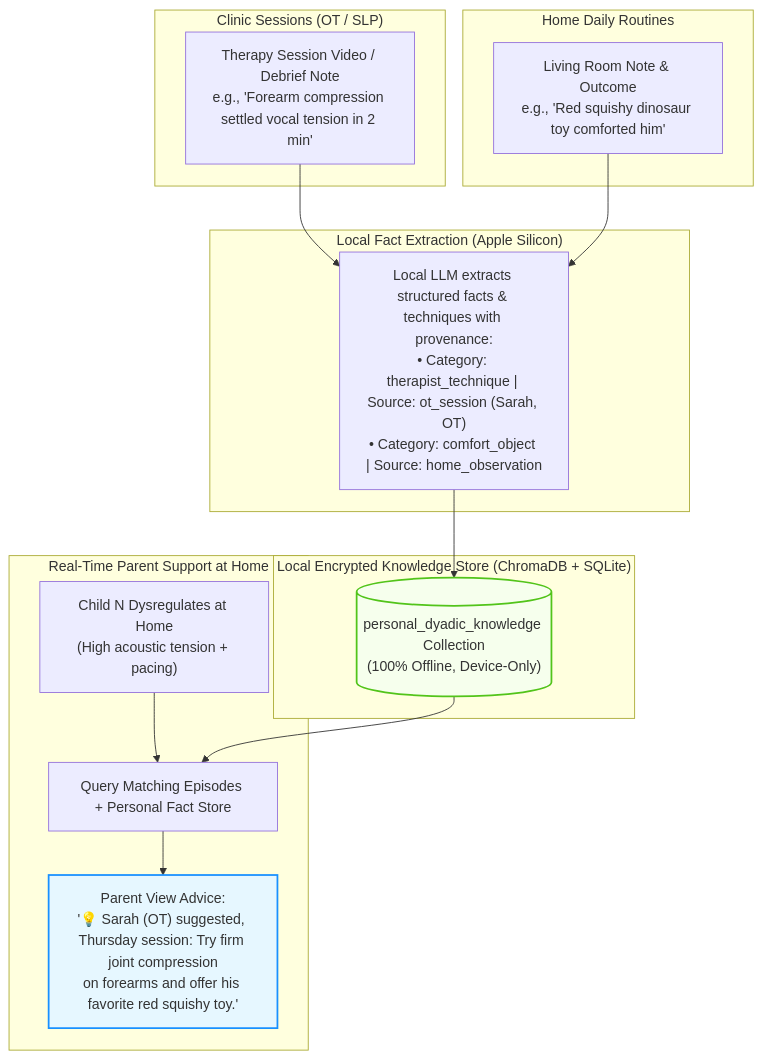
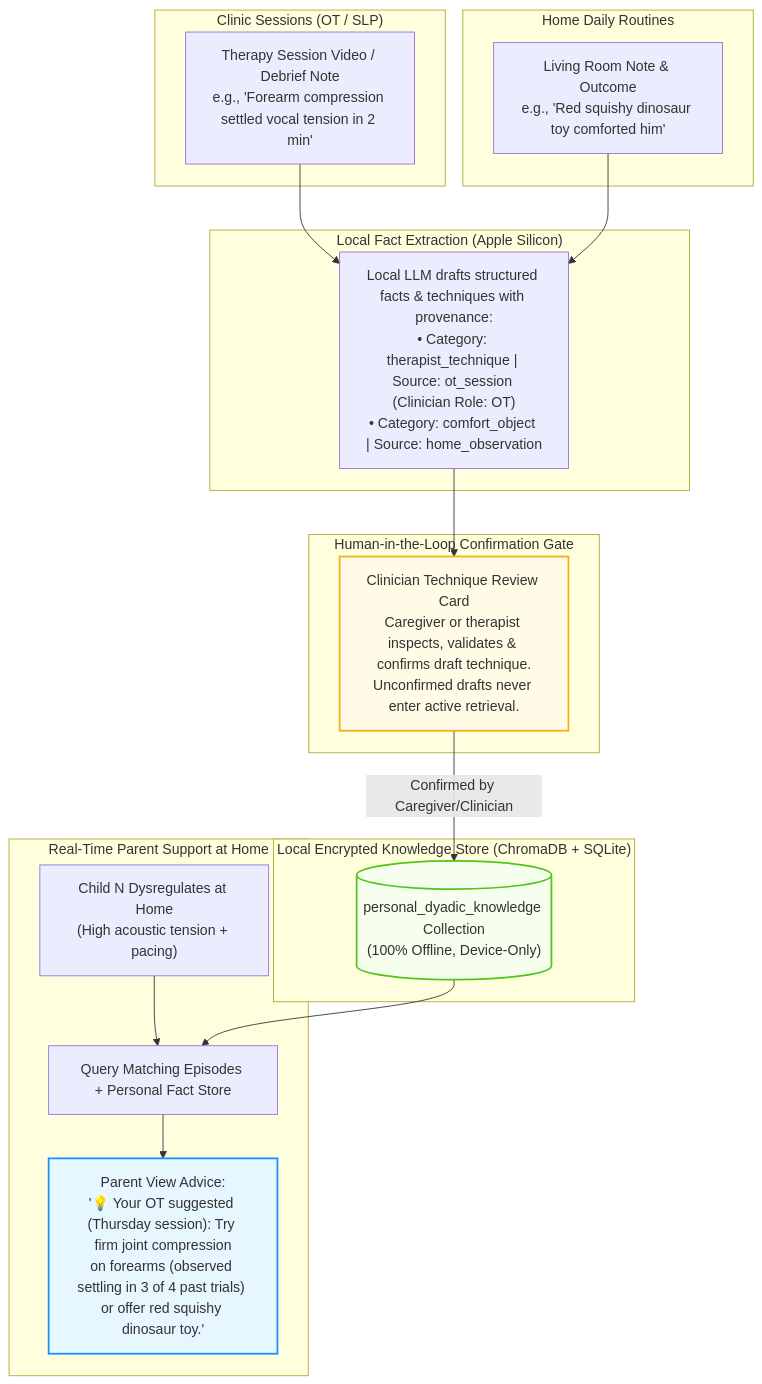
The seventh of 8 diagrams in docs/DESIGN.md (olostan/project_n), drawn with Mermaid before and after one commit. The commit also changed other lines of this file and 8 other files, not shown here.

Commit message:
fix(specs,design,eval): resolve review findings, data schemas, clinical grounding, and evaluation gates

````diff
--- a/docs/DESIGN.md
+++ b/docs/DESIGN.md
@@ -267,30 +267,36 @@
 ```mermaid
 graph TD
     subgraph ClinicInput ["Clinic Sessions (OT / SLP)"]
         OT_Clip["Therapy Session Video / Debrief Note<br/>e.g., 'Forearm compression settled vocal tension in 2 min'"]
     end
 
     subgraph HomeInput ["Home Daily Routines"]
         Parent_Clip["Living Room Note & Outcome<br/>e.g., 'Red squishy dinosaur toy comforted him'"]
     end
 
     subgraph Extraction ["Local Fact Extraction (Apple Silicon)"]
-        Extract["Local LLM extracts structured facts & techniques with provenance:<br/>• Category: therapist_technique | Source: ot_session (Sarah, OT)<br/>• Category: comfort_object | Source: home_observation"]
+        Extract["Local LLM drafts structured facts & techniques with provenance:<br/>• Category: therapist_technique | Source: ot_session (Clinician Role: OT)<br/>• Category: comfort_object | Source: home_observation"]
+    end
+
+    subgraph HumanGate ["Human-in-the-Loop Confirmation Gate"]
+        ReviewCard["Clinician Technique Review Card<br/>Caregiver or therapist inspects, validates & confirms draft technique.<br/>Unconfirmed drafts never enter active retrieval."]
     end
 
     subgraph Vault ["Local Encrypted Knowledge Store (ChromaDB + SQLite)"]
         Store[("personal_dyadic_knowledge Collection<br/>(100% Offline, Device-Only)")]
     end
 
     subgraph LivingRoomDelivery ["Real-Time Parent Support at Home"]
         NewEpisode["Child N Dysregulates at Home<br/>(High acoustic tension + pacing)"] --> QueryEngine["Query Matching Episodes + Personal Fact Store"]
         Store --> QueryEngine
-        QueryEngine --> ParentCard["Parent View Advice:<br/>'💡 Sarah (OT) suggested, Thursday session: Try firm joint compression<br/>on forearms and offer his favorite red squishy toy.'"]
+        QueryEngine --> ParentCard["Parent View Advice:<br/>'💡 Your OT suggested (Thursday session): Try firm joint compression<br/>on forearms (observed settling in 3 of 4 past trials) or offer red squishy dinosaur toy.'"]
     end
 
     OT_Clip & Parent_Clip --> Extract
-    Extract --> Store
+    Extract --> ReviewCard
+    ReviewCard -- "Confirmed by Caregiver/Clinician" --> Store
 
+    style ReviewCard fill:#fffbe6,stroke:#faad14,stroke-width:2px
     style Store fill:#f6ffed,stroke:#52c41a,stroke-width:2px
     style ParentCard fill:#e6f7ff,stroke:#1890ff,stroke-width:2px
 ```
````
